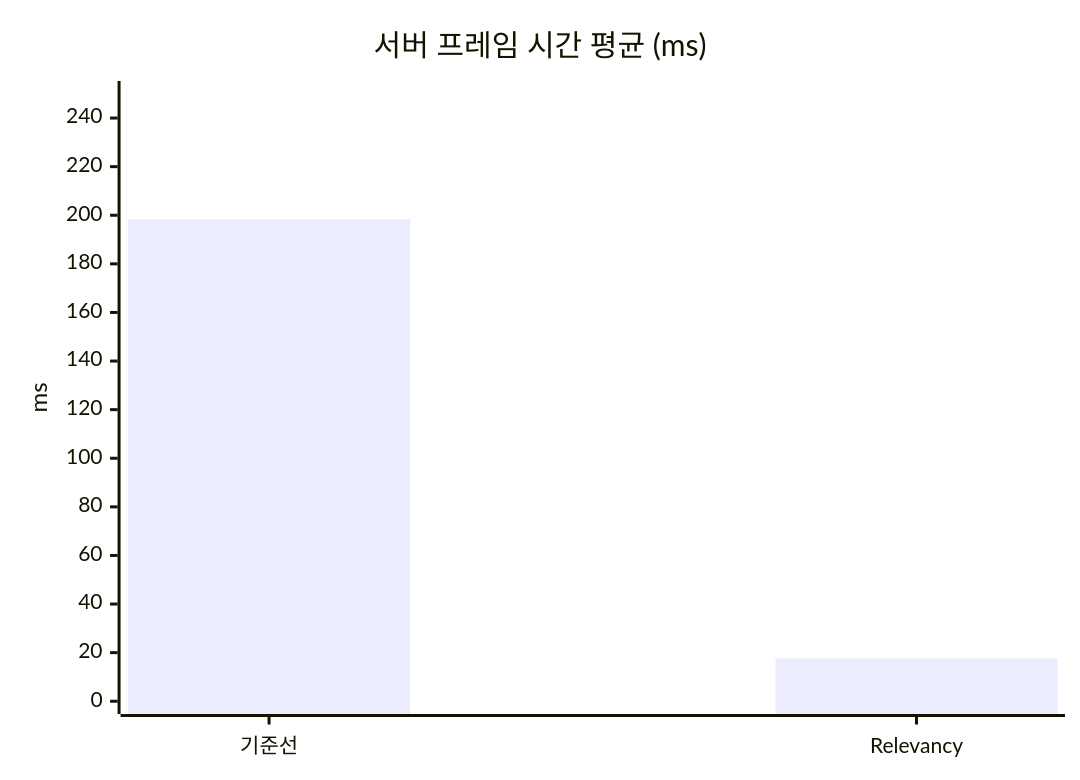
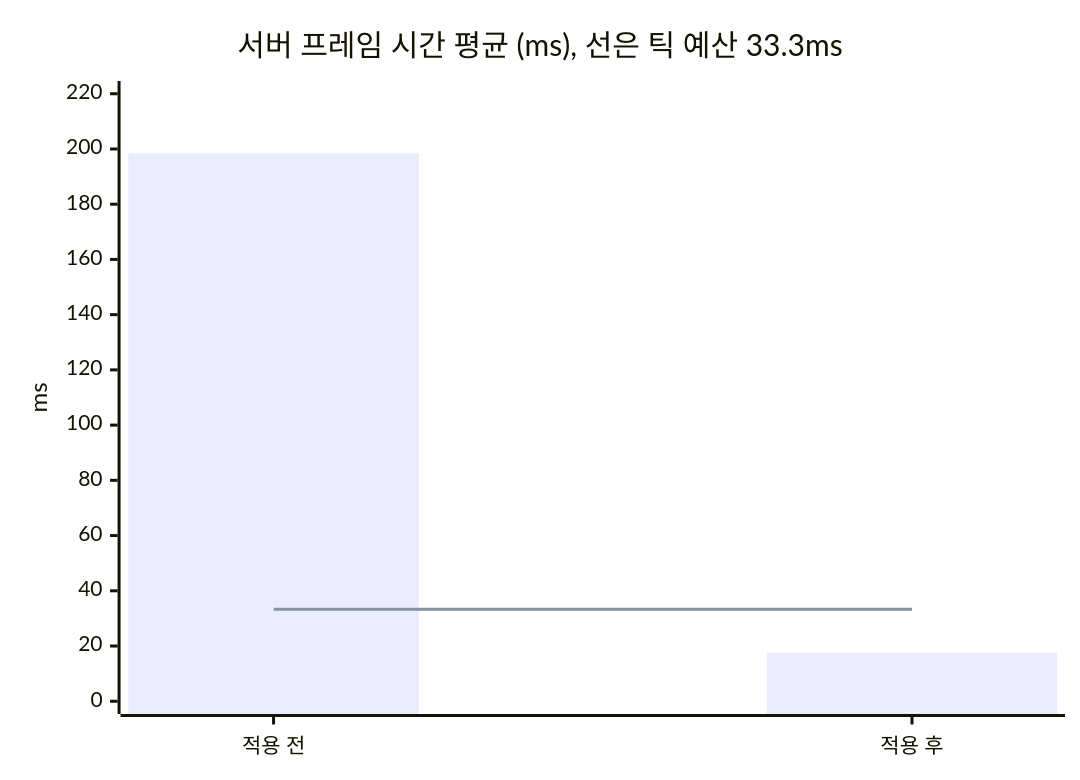
The second of 2 diagrams in Posts/02-relevancy/README.md (hon454/ue-dedicated-server-optimization-lab), drawn with Mermaid before and after one commit. The commit also changed other lines of this file and 3 other files, not shown here.

````diff
--- a/Posts/02-relevancy/README.md
+++ b/Posts/02-relevancy/README.md
@@ -116,7 +101,8 @@
 ```mermaid
 xychart-beta
-    title "서버 프레임 시간 평균 (ms)"
-    x-axis ["기준선", "Relevancy"]
-    y-axis "ms" 0 --> 250
+    title "서버 프레임 시간 평균 (ms), 선은 틱 예산 33.3ms"
+    x-axis ["적용 전", "적용 후"]
+    y-axis "ms" 0 --> 220
     bar [198.43, 17.64]
+    line [33.3, 33.3]
 ```
````
